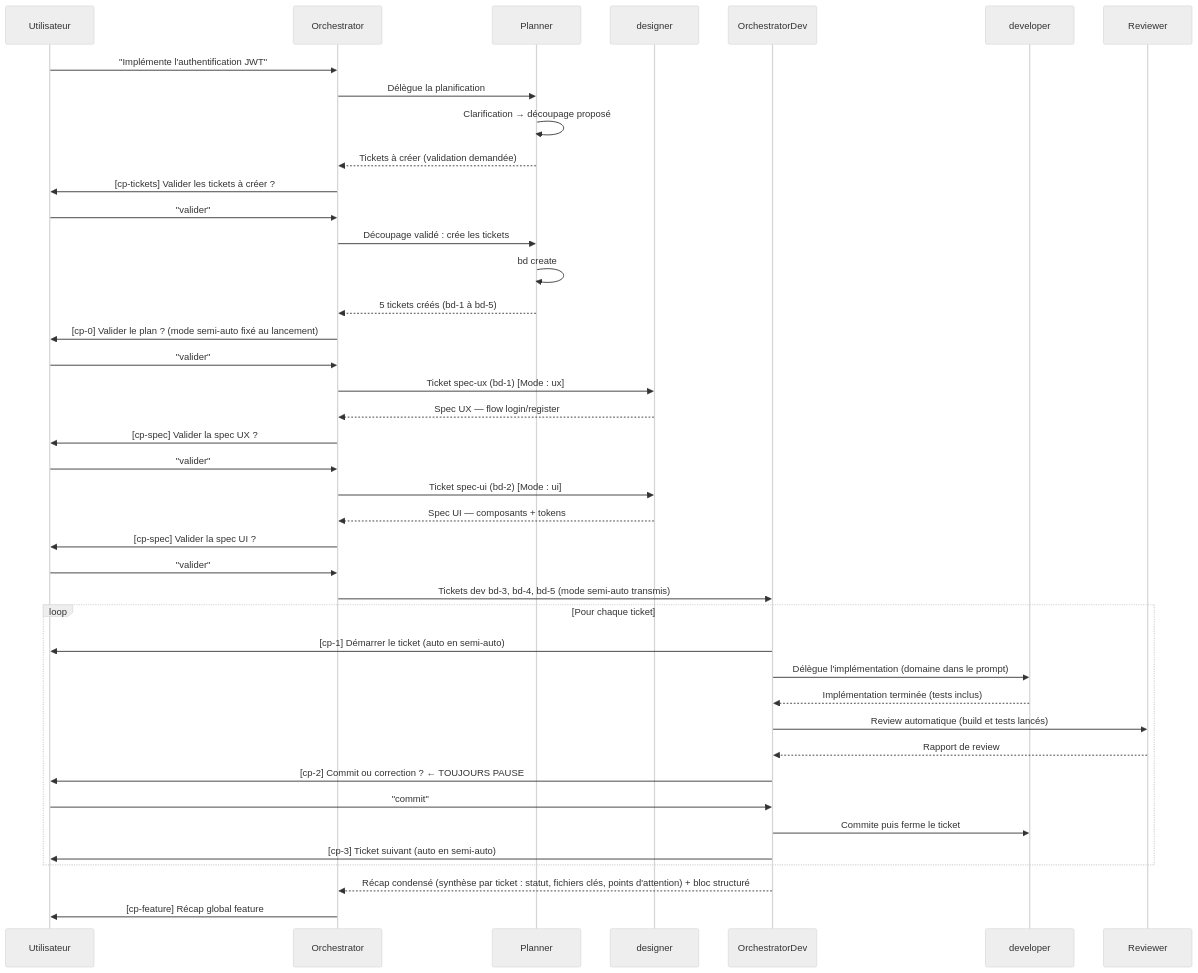
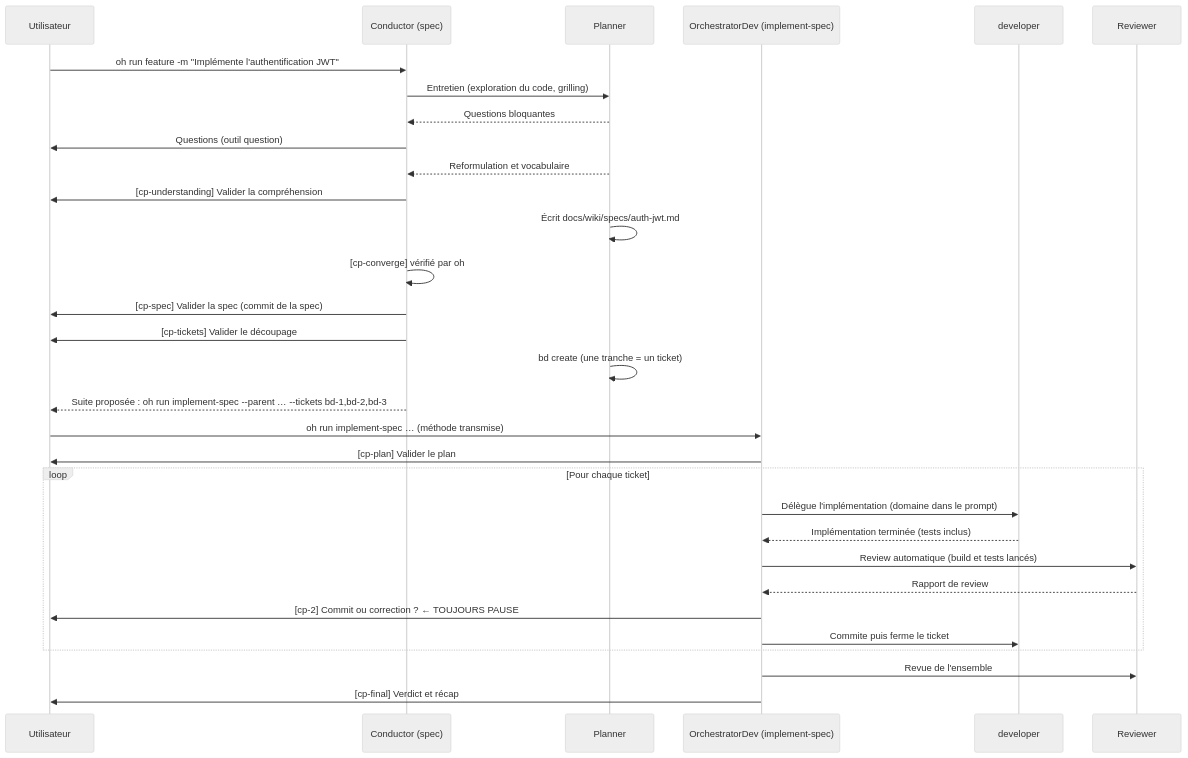
Before and after one commit to datichb/openhub: the second of 7 diagrams in docs/guides/workflows.fr.md, drawn with Mermaid (neutral theme). The commit also changed other lines of this file and 27 other files, not shown here.

Commit message:
docs: feature as the chain spec → implement-spec, migration of the layers extending hub:feature or hub:cadrage, record: input (modernisation feature-migration)

````diff
--- a/docs/guides/workflows.fr.md
+++ b/docs/guides/workflows.fr.md
@@ -112,48 +113,35 @@
 ```mermaid
 sequenceDiagram
     participant U as Utilisateur
-    participant O as Orchestrator
+    participant C as Conductor (spec)
     participant PL as Planner
-    participant D as designer
-    participant OD as OrchestratorDev
+    participant OD as OrchestratorDev (implement-spec)
     participant DEV as developer
     participant R as Reviewer
 
-    U->>O: "Implémente l'authentification JWT"
-    O->>PL: Délègue la planification
-    PL->>PL: Clarification → découpage proposé
-    PL-->>O: Tickets à créer (validation demandée)
-    O->>U: [cp-tickets] Valider les tickets à créer ?
-    U->>O: "valider"
-    O->>PL: Découpage validé : crée les tickets
-    PL->>PL: bd create
-    PL-->>O: 5 tickets créés (bd-1 à bd-5)
-    O->>U: [cp-0] Valider le plan ? (mode semi-auto fixé au lancement)
-    U->>O: "valider"
+    U->>C: oh run feature -m "Implémente l'authentification JWT"
+    C->>PL: Entretien (exploration du code, grilling)
+    PL-->>C: Questions bloquantes
+    C->>U: Questions (outil question)
+    PL-->>C: Reformulation et vocabulaire
+    C->>U: [cp-understanding] Valider la compréhension
+    PL->>PL: Écrit docs/wiki/specs/auth-jwt.md
+    C->>C: [cp-converge] vérifié par oh
+    C->>U: [cp-spec] Valider la spec (commit de la spec)
+    C->>U: [cp-tickets] Valider le découpage
+    PL->>PL: bd create (une tranche = un ticket)
+    C-->>U: Suite proposée : oh run implement-spec --parent … --tickets bd-1,bd-2,bd-3
 
-    O->>D: Ticket spec-ux (bd-1) [Mode : ux]
-    D-->>O: Spec UX — flow login/register
-    O->>U: [cp-spec] Valider la spec UX ?
-    U->>O: "valider"
-
-    O->>D: Ticket spec-ui (bd-2) [Mode : ui]
-    D-->>O: Spec UI — composants + tokens
-    O->>U: [cp-spec] Valider la spec UI ?
-    U->>O: "valider"
-
-    O->>OD: Tickets dev bd-3, bd-4, bd-5 (mode semi-auto transmis)
+    U->>OD: oh run implement-spec … (méthode transmise)
+    OD->>U: [cp-plan] Valider le plan
     loop Pour chaque ticket
-        OD->>U: [cp-1] Démarrer le ticket (auto en semi-auto)
         OD->>DEV: Délègue l'implémentation (domaine dans le prompt)
         DEV-->>OD: Implémentation terminée (tests inclus)
         OD->>R: Review automatique (build et tests lancés)
         R-->>OD: Rapport de review
         OD->>U: [cp-2] Commit ou correction ? ← TOUJOURS PAUSE
-        U->>OD: "commit"
         OD->>DEV: Commite puis ferme le ticket
-        OD->>U: [cp-3] Ticket suivant (auto en semi-auto)
     end
-    OD-->>O: Récap condensé (synthèse par ticket : statut, fichiers clés, points d'attention) + bloc structuré
-
-    O->>U: [cp-feature] Récap global feature
+    OD->>R: Revue de l'ensemble
+    OD->>U: [cp-final] Verdict et récap
 ```
````
